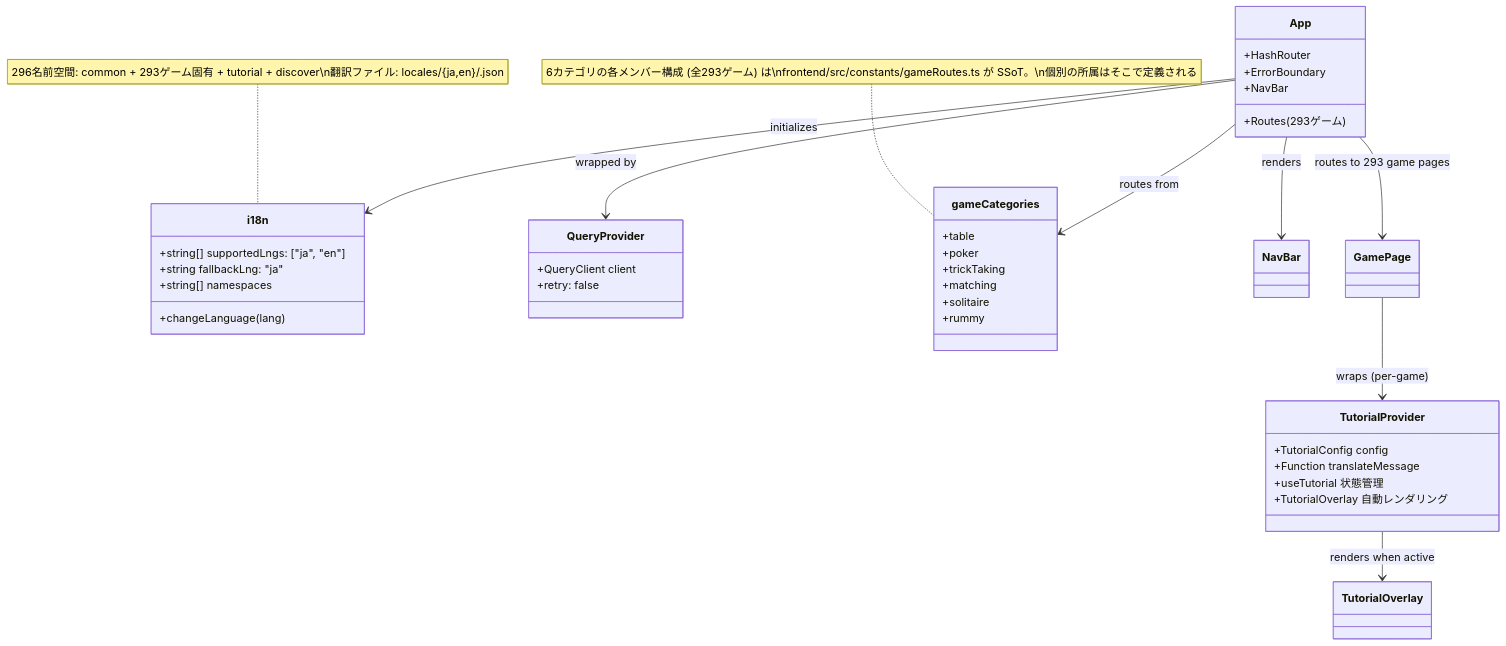
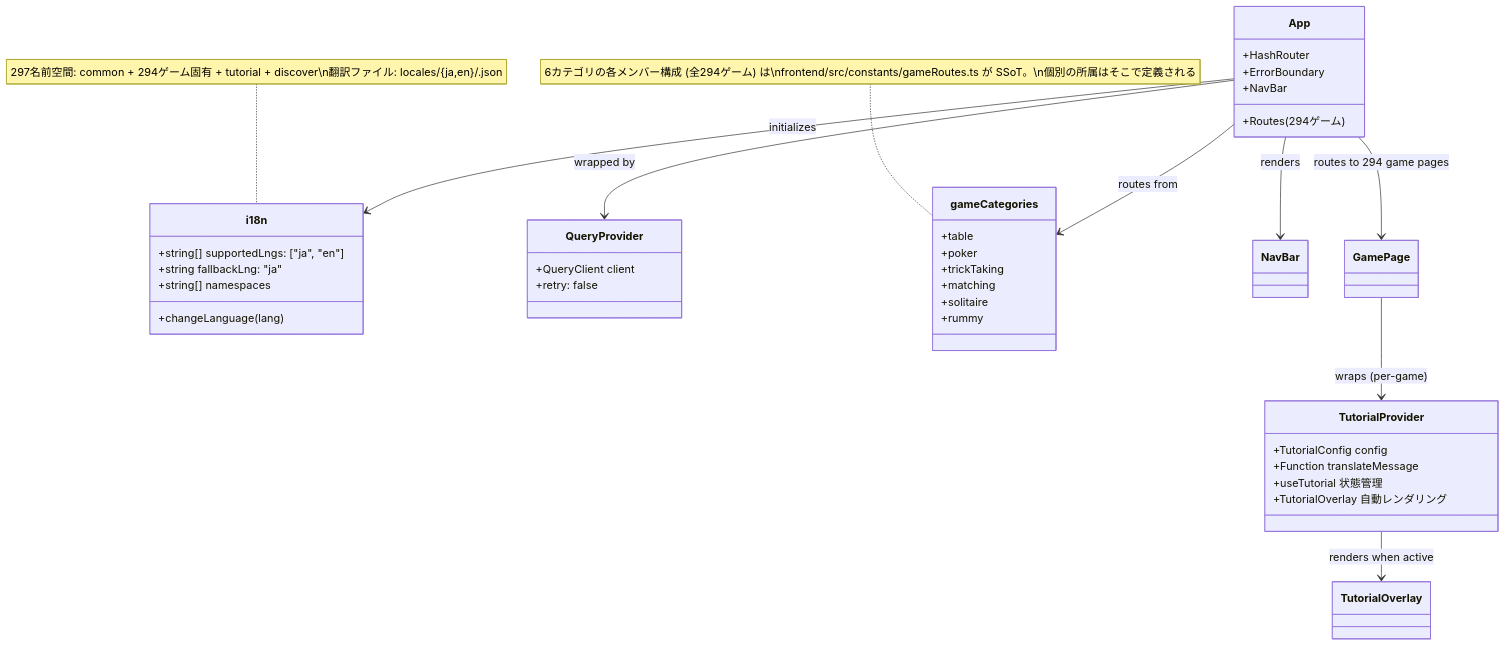
One commit to yuta-yoshinaga/go_trumpcards changed the ninth of 49 diagrams in docs/design/frontend.md. Above: the diagram before and after it, drawn with Mermaid. The commit also changed other lines of this file and 61 other files, not shown here.

````diff
--- a/docs/design/frontend.md
+++ b/docs/design/frontend.md
@@ -1869,48 +1869,48 @@
 ```mermaid
 classDiagram
     class i18n {
         +string[] supportedLngs: ["ja", "en"]
         +string fallbackLng: "ja"
         +string[] namespaces
         +changeLanguage(lang)
     }
 
     class QueryProvider {
         +QueryClient client
         +retry: false
     }
 
     class App {
         +HashRouter
         +ErrorBoundary
         +NavBar
-        +Routes (293ゲーム)
+        +Routes (294ゲーム)
     }
 
     class gameCategories {
         +table
         +poker
         +trickTaking
         +matching
         +solitaire
         +rummy
     }
-    note for gameCategories "6カテゴリの各メンバー構成 (全293ゲーム) は\nfrontend/src/constants/gameRoutes.ts が SSoT。\n個別の所属はそこで定義される"
+    note for gameCategories "6カテゴリの各メンバー構成 (全294ゲーム) は\nfrontend/src/constants/gameRoutes.ts が SSoT。\n個別の所属はそこで定義される"
 
     class TutorialProvider {
         +TutorialConfig config
         +Function translateMessage
         +useTutorial 状態管理
         +TutorialOverlay 自動レンダリング
     }
 
     App --> QueryProvider : wrapped by
     App --> i18n : initializes
     App --> gameCategories : routes from
     App --> NavBar : renders
-    App --> GamePage : routes to 293 game pages
+    App --> GamePage : routes to 294 game pages
     GamePage --> TutorialProvider : wraps (per-game)
     TutorialProvider --> TutorialOverlay : renders when active
 
-    note for i18n "296名前空間: common + 293ゲーム固有 + tutorial + discover\n翻訳ファイル: locales/{ja,en}/<game>.json"
+    note for i18n "297名前空間: common + 294ゲーム固有 + tutorial + discover\n翻訳ファイル: locales/{ja,en}/<game>.json"
 ```
````
